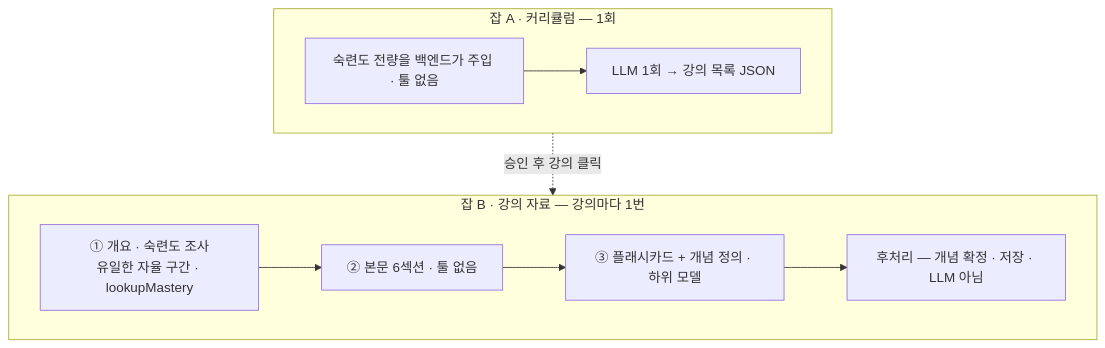
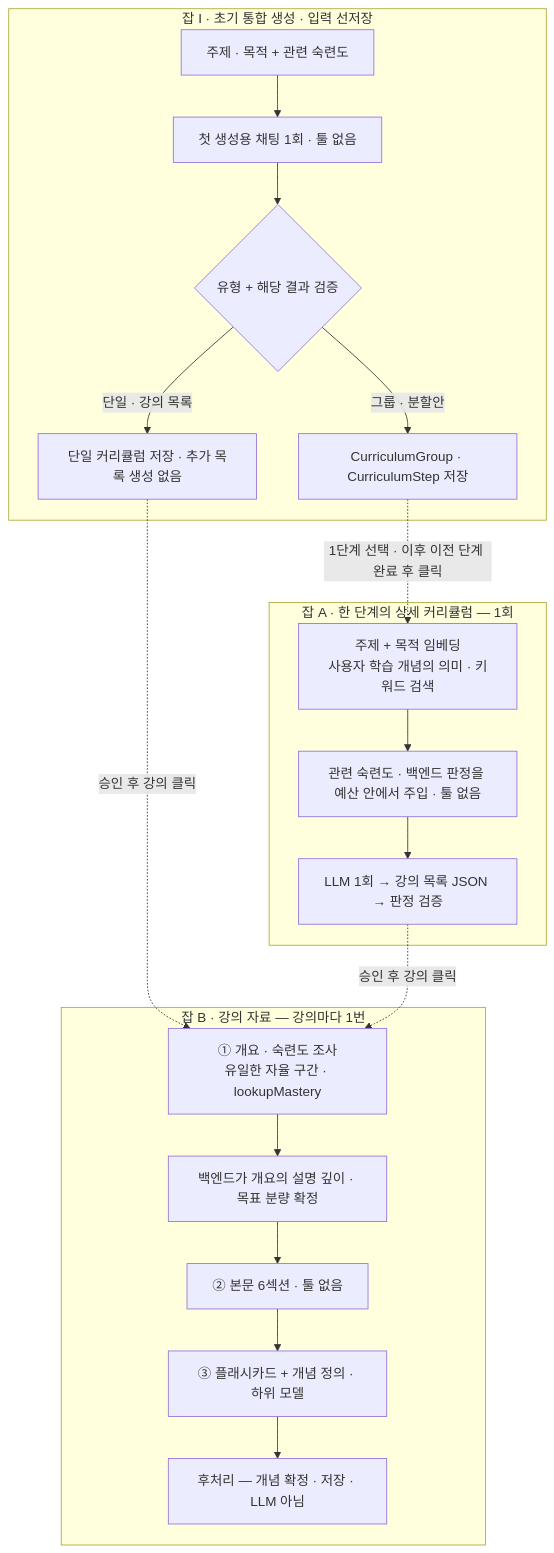
One commit to f-lab-edu/Mogum changed the diagram in docs/03-generation.md. Above: the diagram before and after it, drawn with Mermaid. The commit also changed other lines of this file and 36 other files, not shown here.

````diff
--- a/docs/03-generation.md
+++ b/docs/03-generation.md
@@ -10,14 +12,24 @@
 ```mermaid
 flowchart TD
-    subgraph JA["잡 A · 커리큘럼 — 1회"]
-        A1["숙련도 전량을 백엔드가 주입 · 툴 없음"] --> A2["LLM 1회 → 강의 목록 JSON"]
+    subgraph JI["잡 I · 초기 통합 생성 · 입력 선저장"]
+        I0["주제 · 목적 + 관련 숙련도"] --> I1["첫 생성용 채팅 1회 · 툴 없음"]
+        I1 --> I2{"유형 + 해당 결과 검증"}
+        I2 -->|"단일 · 강의 목록"| IS["단일 커리큘럼 저장 · 추가 목록 생성 없음"]
+        I2 -->|"그룹 · 분할안"| GS["CurriculumGroup · CurriculumStep 저장"]
+    end
+    subgraph JA["잡 A · 한 단계의 상세 커리큘럼 — 1회"]
+        AS["주제 + 목적 임베딩<br/>사용자 학습 개념의 의미 · 키워드 검색"] --> A1["관련 숙련도 · 백엔드 판정을 예산 안에서 주입 · 툴 없음"]
+        A1 --> A2["LLM 1회 → 강의 목록 JSON → 판정 검증"]
     end
     subgraph JB["잡 B · 강의 자료 — 강의마다 1번"]
         B1["① 개요 · 숙련도 조사<br/>유일한 자율 구간 · lookupMastery"]
+        BP["백엔드가 개요의 설명 깊이 · 목표 분량 확정"]
         B2["② 본문 6섹션 · 툴 없음"]
         B3["③ 플래시카드 + 개념 정의 · 하위 모델"]
         B4["후처리 — 개념 확정 · 저장 · LLM 아님"]
-        B1 --> B2 --> B3 --> B4
+        B1 --> BP --> B2 --> B3 --> B4
     end
-    JA -.->|"승인 후 강의 클릭"| JB
+    IS -.->|"승인 후 강의 클릭"| B1
+    A2 -.->|"승인 후 강의 클릭"| B1
+    GS -.->|"1단계 선택 · 이후 이전 단계 완료 후 클릭"| AS
 ```
````
